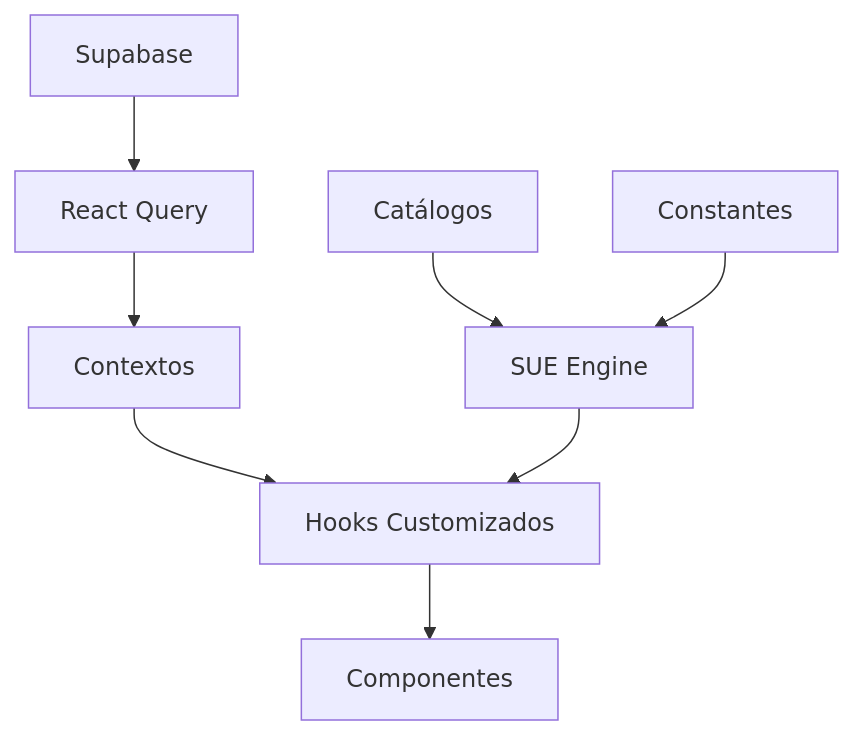
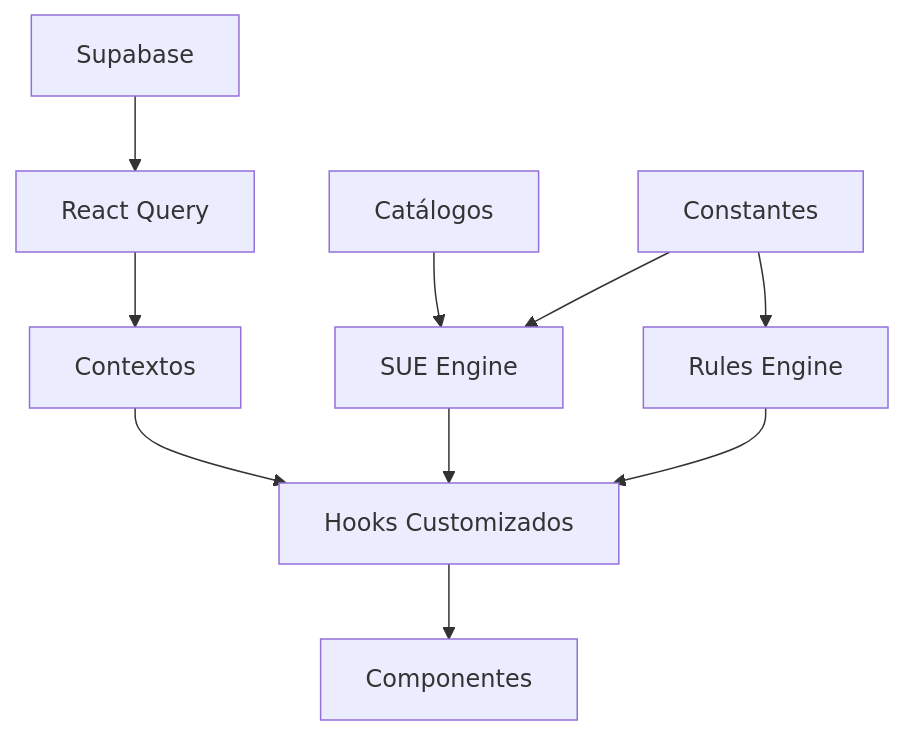
One commit to PHBR63/ficha-paranormal changed the diagram in docs/ARQUITETURA.md. Above: the diagram before and after it, drawn with Mermaid. The commit also changed other lines of this file and 3 other files, not shown here.

````diff
--- a/docs/ARQUITETURA.md
+++ b/docs/ARQUITETURA.md
@@ -304,11 +299,13 @@
 ```mermaid
 graph TD
     A[Supabase] --> B[React Query]
     B --> C[Contextos]
     C --> D[Hooks Customizados]
     D --> E[Componentes]
     
     F[SUE Engine] --> D
-    G[Catálogos] --> F
-    H[Constantes] --> F
+    G[Rules Engine] --> D
+    H[Catálogos] --> F
+    I[Constantes] --> F
+    I --> G
 ```
````
